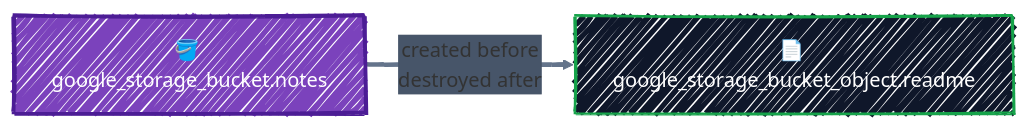
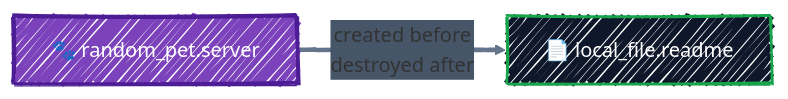
One commit to r97221004/terraform-tutorial changed the second of 2 diagrams in docs/getting-started/hcl-anatomy.md. Above: the diagram before and after it, drawn with Mermaid. The commit also changed other lines of this file and 7 other files, not shown here.

````diff
--- a/docs/getting-started/hcl-anatomy.md
+++ b/docs/getting-started/hcl-anatomy.md
@@ -187,23 +189,23 @@
 ```mermaid
 ---
 config:
   look: handDrawn
   theme: default
   themeVariables:
     fontFamily: '"Comic Sans MS", "Comic Sans", "Segoe Print", "Bradley Hand", cursive'
     lineColor: '#64748B'
     edgeLabelBackground: '#475569'
   themeCSS: |
     .edgeLabel, .edgeLabel p, .edgeLabel span { color: #FFFFFF !important; }
 ---
 flowchart LR
-    bucket["🪣 google_storage_bucket.notes"]
-    obj["📄 google_storage_bucket_object.readme"]
+    pet["🐾 random_pet.server"]
+    obj["📄 local_file.readme"]
 
-    bucket ==>|"created before<br/>destroyed after"| obj
+    pet ==>|"created before<br/>destroyed after"| obj
 
     classDef eng fill:#7B42BC,stroke:#4C1D95,stroke-width:3px,color:#FFFFFF
     classDef tgt fill:#0F172A,stroke:#16A34A,stroke-width:2px,color:#FFFFFF
-    class bucket eng
+    class pet eng
     class obj tgt
 ```
````
